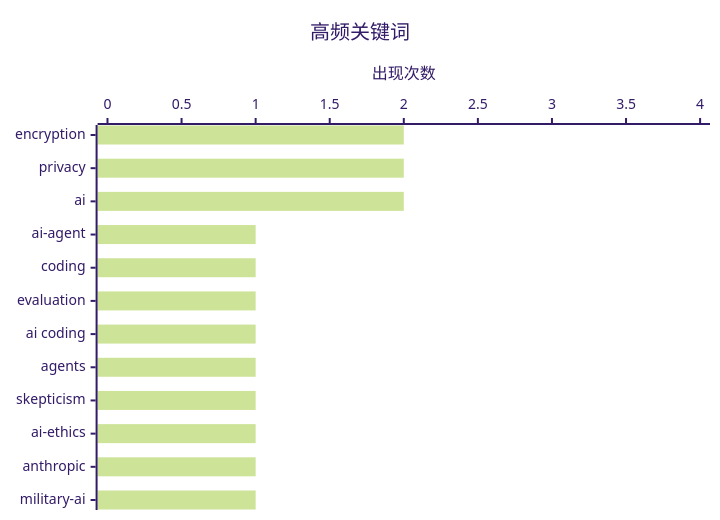
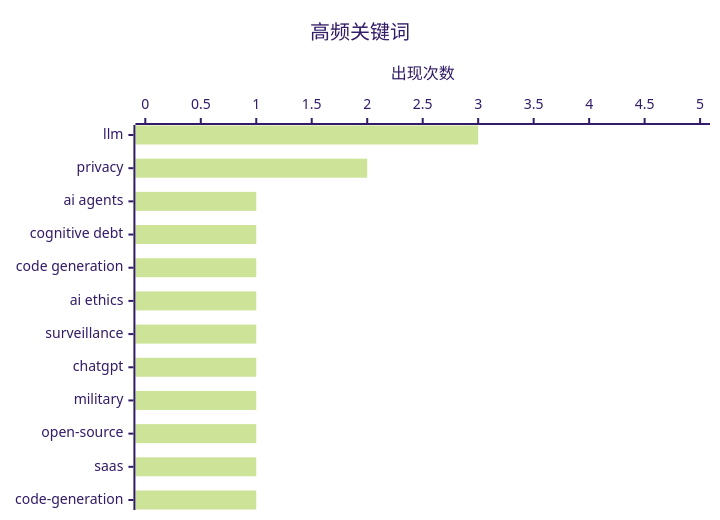
Before and after one commit to MapleZhu00519/ai-daily-digest: the second of 2 diagrams in AI-博客每日精选-2026-03-01.md, drawn with Mermaid (forest theme). The commit also changed other lines of this file, not shown here.

````diff
--- a/AI-博客每日精选-2026-03-01.md
+++ b/AI-博客每日精选-2026-03-01.md
@@ -64,7 +66,7 @@
 ```mermaid
 xychart-beta horizontal
     title "高频关键词"
-    x-axis ["encryption", "privacy", "ai", "ai-agent", "coding", "evaluation", "ai coding", "agents", "skepticism", "ai-ethics", "anthropic", "military-ai"]
-    y-axis "出现次数" 0 --> 4
-    bar [2, 2, 2, 1, 1, 1, 1, 1, 1, 1, 1, 1]
+    x-axis ["llm", "privacy", "ai agents", "cognitive debt", "code generation", "ai ethics", "surveillance", "chatgpt", "military", "open-source", "saas", "code-generation"]
+    y-axis "出现次数" 0 --> 5
+    bar [3, 2, 1, 1, 1, 1, 1, 1, 1, 1, 1, 1]
 ```
````
